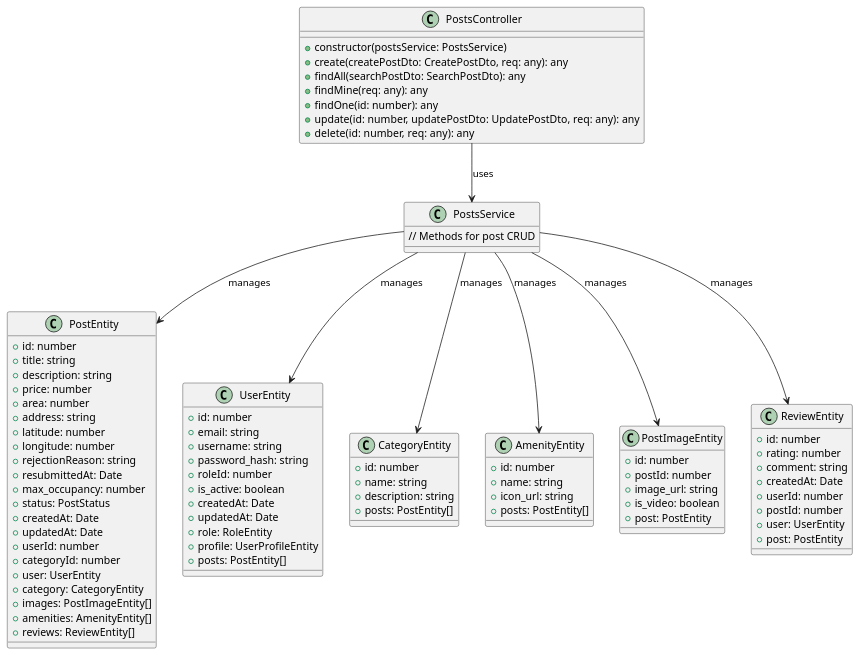
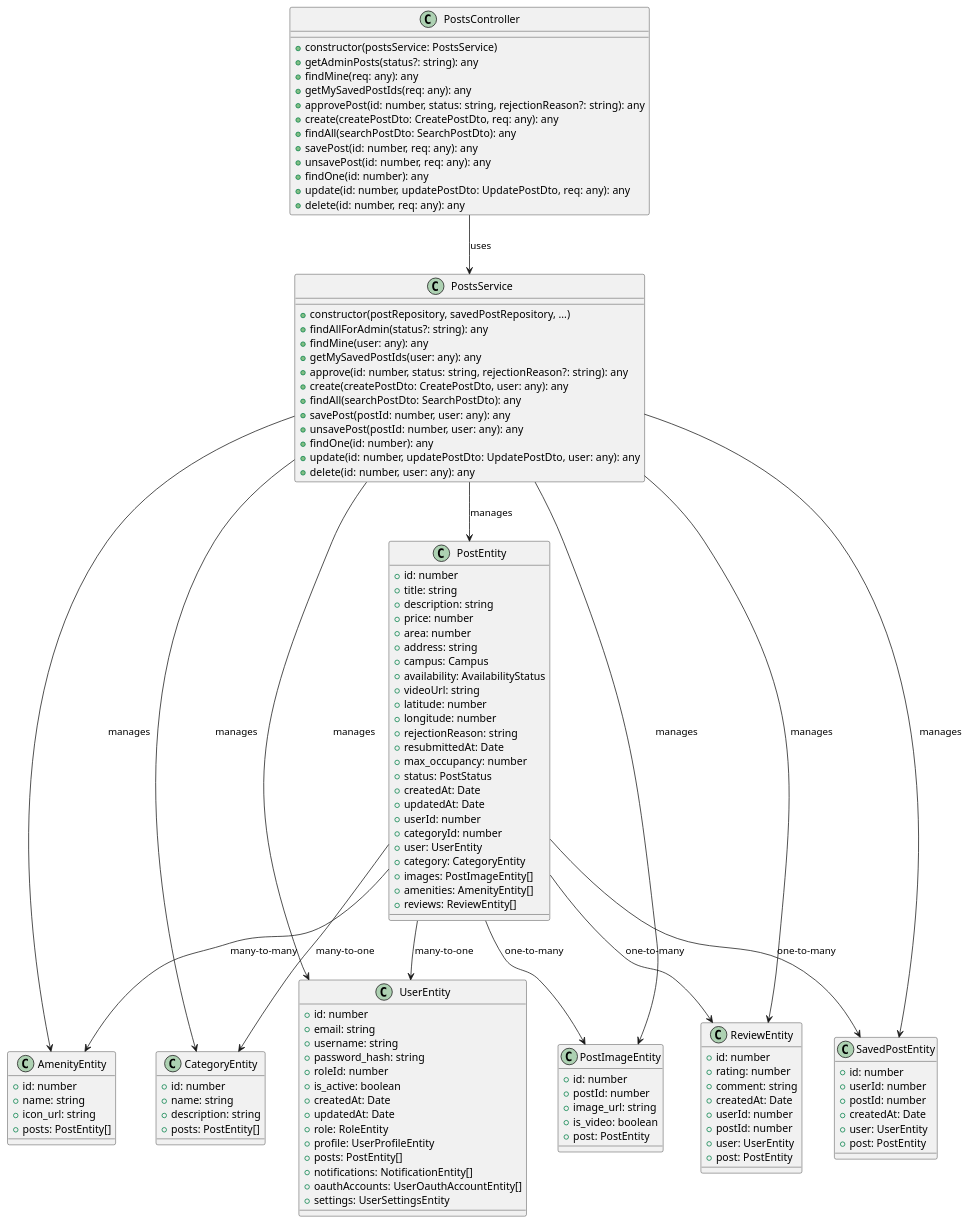
One commit to YueTruong/VLURentingProject changed the diagram in posts-controller-diagram.puml. Above: the diagram before and after it, drawn with PlantUML. The commit also changed other lines of this file and 17 other files, not shown here.

```diff
--- a/posts-controller-diagram.puml
+++ b/posts-controller-diagram.puml
@@ -1,97 +1,135 @@
 @startuml Posts Controller Diagram
 
 class PostsController {
   +constructor(postsService: PostsService)
+  +getAdminPosts(status?: string): any
+  +findMine(req: any): any
+  +getMySavedPostIds(req: any): any
+  +approvePost(id: number, status: string, rejectionReason?: string): any
   +create(createPostDto: CreatePostDto, req: any): any
   +findAll(searchPostDto: SearchPostDto): any
-  +findMine(req: any): any
+  +savePost(id: number, req: any): any
+  +unsavePost(id: number, req: any): any
   +findOne(id: number): any
   +update(id: number, updatePostDto: UpdatePostDto, req: any): any
   +delete(id: number, req: any): any
 }
 
 class PostsService {
-  // Methods for post CRUD
+  +constructor(postRepository, savedPostRepository, ...)
+  +findAllForAdmin(status?: string): any
+  +findMine(user: any): any
+  +getMySavedPostIds(user: any): any
+  +approve(id: number, status: string, rejectionReason?: string): any
+  +create(createPostDto: CreatePostDto, user: any): any
+  +findAll(searchPostDto: SearchPostDto): any
+  +savePost(postId: number, user: any): any
+  +unsavePost(postId: number, user: any): any
+  +findOne(id: number): any
+  +update(id: number, updatePostDto: UpdatePostDto, user: any): any
+  +delete(id: number, user: any): any
 }
 
 class PostEntity {
   +id: number
   +title: string
   +description: string
   +price: number
   +area: number
   +address: string
+  +campus: Campus
+  +availability: AvailabilityStatus
+  +videoUrl: string
   +latitude: number
   +longitude: number
   +rejectionReason: string
   +resubmittedAt: Date
   +max_occupancy: number
   +status: PostStatus
   +createdAt: Date
   +updatedAt: Date
   +userId: number
   +categoryId: number
   +user: UserEntity
   +category: CategoryEntity
   +images: PostImageEntity[]
   +amenities: AmenityEntity[]
   +reviews: ReviewEntity[]
 }
 
 class UserEntity {
   +id: number
   +email: string
   +username: string
   +password_hash: string
   +roleId: number
   +is_active: boolean
   +createdAt: Date
   +updatedAt: Date
   +role: RoleEntity
   +profile: UserProfileEntity
   +posts: PostEntity[]
+  +notifications: NotificationEntity[]
+  +oauthAccounts: UserOauthAccountEntity[]
+  +settings: UserSettingsEntity
 }
 
 class CategoryEntity {
   +id: number
   +name: string
   +description: string
   +posts: PostEntity[]
 }
 
 class AmenityEntity {
   +id: number
   +name: string
   +icon_url: string
   +posts: PostEntity[]
 }
 
 class PostImageEntity {
   +id: number
   +postId: number
   +image_url: string
   +is_video: boolean
   +post: PostEntity
 }
 
 class ReviewEntity {
   +id: number
   +rating: number
   +comment: string
   +createdAt: Date
   +userId: number
   +postId: number
   +user: UserEntity
   +post: PostEntity
 }
 
+class SavedPostEntity {
+  +id: number
+  +userId: number
+  +postId: number
+  +createdAt: Date
+  +user: UserEntity
+  +post: PostEntity
+}
+
 ' Relationships
 PostsController --> PostsService : uses
 PostsService --> PostEntity : manages
+PostsService --> SavedPostEntity : manages
 PostsService --> UserEntity : manages
 PostsService --> CategoryEntity : manages
 PostsService --> AmenityEntity : manages
 PostsService --> PostImageEntity : manages
 PostsService --> ReviewEntity : manages
+PostEntity --> CategoryEntity : many-to-one
+PostEntity --> UserEntity : many-to-one
+PostEntity --> PostImageEntity : one-to-many
+PostEntity --> AmenityEntity : many-to-many
+PostEntity --> ReviewEntity : one-to-many
+PostEntity --> SavedPostEntity : one-to-many
 
 @enduml
```
